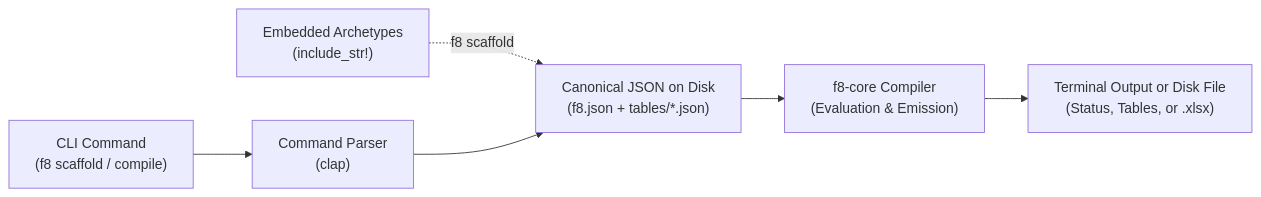
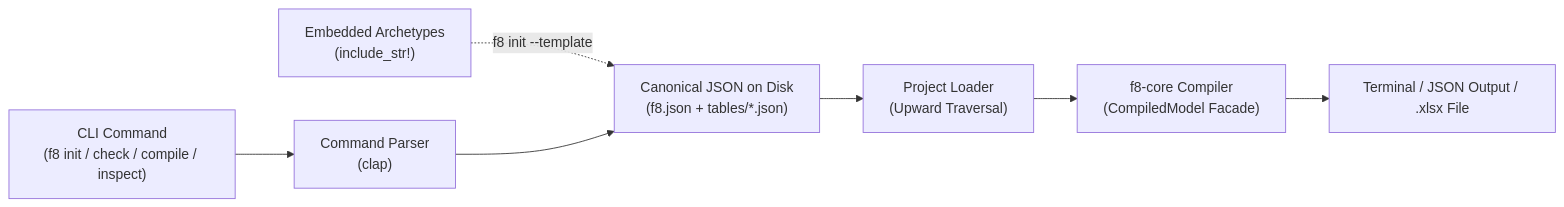
The diagram in docs/interfaces/cli.md (mhcfa/f8), drawn with Mermaid before and after one commit. The commit also changed other lines of this file and 3 other files, not shown here.

First line of the commit message:
docs(compiler): specify phase-gated diagnostics and refine cli architecture

````diff
--- a/docs/interfaces/cli.md
+++ b/docs/interfaces/cli.md
@@ -18,8 +19,9 @@
 ```mermaid
 flowchart LR
-    A["CLI Command\n(f8 scaffold / compile)"] --> B["Command Parser\n(clap)"]
-    T["Embedded Archetypes\n(include_str!)"] -.->|"f8 scaffold"| C["Canonical JSON on Disk\n(f8.json + tables/*.json)"]
+    A["CLI Command\n(f8 init / check / compile / inspect)"] --> B["Command Parser\n(clap)"]
+    T["Embedded Archetypes\n(include_str!)"] -.->|"f8 init --template"| C["Canonical JSON on Disk\n(f8.json + tables/*.json)"]
     B --> C
-    C --> D["f8-core Compiler\n(Evaluation & Emission)"]
-    D --> E["Terminal Output or Disk File\n(Status, Tables, or .xlsx)"]
+    C --> D["Project Loader\n(Upward Traversal)"]
+    D --> E["f8-core Compiler\n(CompiledModel Facade)"]
+    E --> F["Terminal / JSON Output / .xlsx File"]
 ```
````
